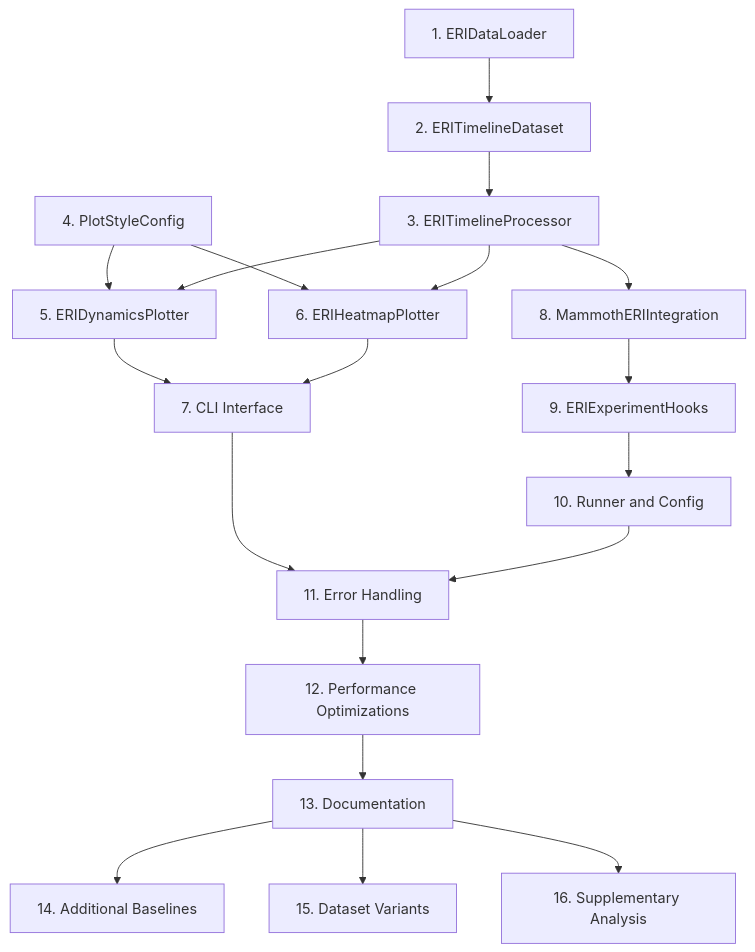
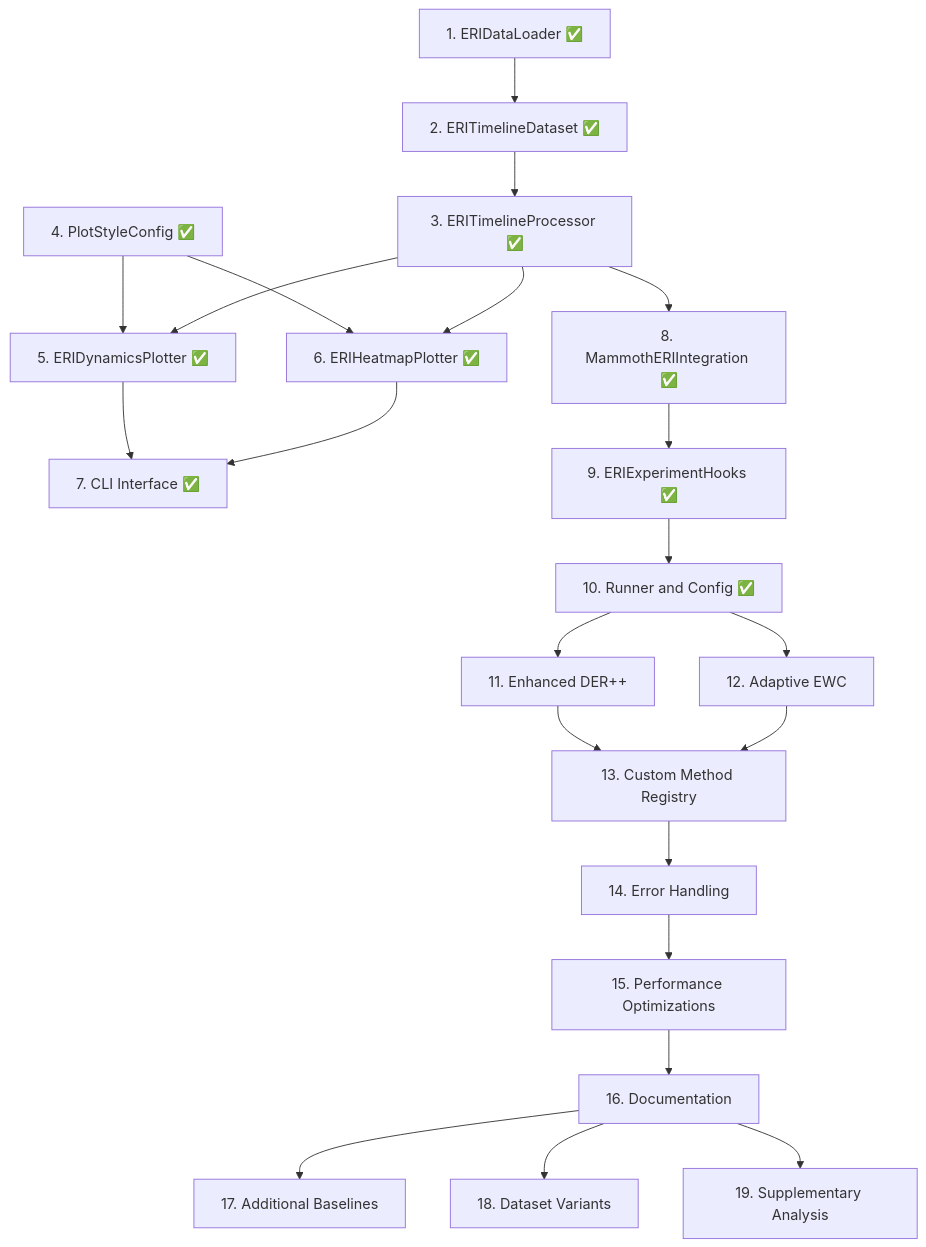
Before and after one commit to SamGu-NRX/shortcut-attention: the diagram in .kiro/specs/eri-visualization-system/tasks.md, drawn with Mermaid. The commit also changed other lines of this file and 6 other files, not shown here.

````diff
--- a/.kiro/specs/eri-visualization-system/tasks.md
+++ b/.kiro/specs/eri-visualization-system/tasks.md
@@ -306,26 +370,30 @@
 ```mermaid
 graph TD
-    A[1. ERIDataLoader] --> B[2. ERITimelineDataset]
-    B --> C[3. ERITimelineProcessor]
+    A[1. ERIDataLoader ✅] --> B[2. ERITimelineDataset ✅]
+    B --> C[3. ERITimelineProcessor ✅]
 
-    D[4. PlotStyleConfig] --> E[5. ERIDynamicsPlotter]
-    D --> F[6. ERIHeatmapPlotter]
+    D[4. PlotStyleConfig ✅] --> E[5. ERIDynamicsPlotter ✅]
+    D --> F[6. ERIHeatmapPlotter ✅]
     C --> E
     C --> F
 
-    E --> G[7. CLI Interface]
+    E --> G[7. CLI Interface ✅]
     F --> G
 
-    C --> H[8. MammothERIIntegration]
-    H --> I[9. ERIExperimentHooks]
-    I --> J[10. Runner and Config]
+    C --> H[8. MammothERIIntegration ✅]
+    H --> I[9. ERIExperimentHooks ✅]
+    I --> J[10. Runner and Config ✅]
 
-    G --> K[11. Error Handling]
-    J --> K
-    K --> L[12. Performance Optimizations]
-    L --> M[13. Documentation]
+    J --> K[11. Enhanced DER++]
+    J --> L[12. Adaptive EWC]
+    K --> M[13. Custom Method Registry]
+    L --> M
 
-    M --> N[14. Additional Baselines]
-    M --> O[15. Dataset Variants]
-    M --> P[16. Supplementary Analysis]
+    M --> N[14. Error Handling]
+    N --> O[15. Performance Optimizations]
+    O --> P[16. Documentation]
+
+    P --> Q[17. Additional Baselines]
+    P --> R[18. Dataset Variants]
+    P --> S[19. Supplementary Analysis]
 ```
````
